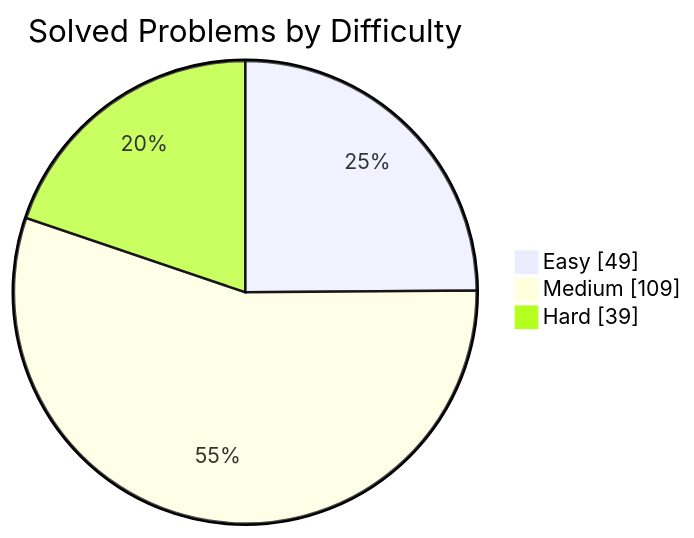
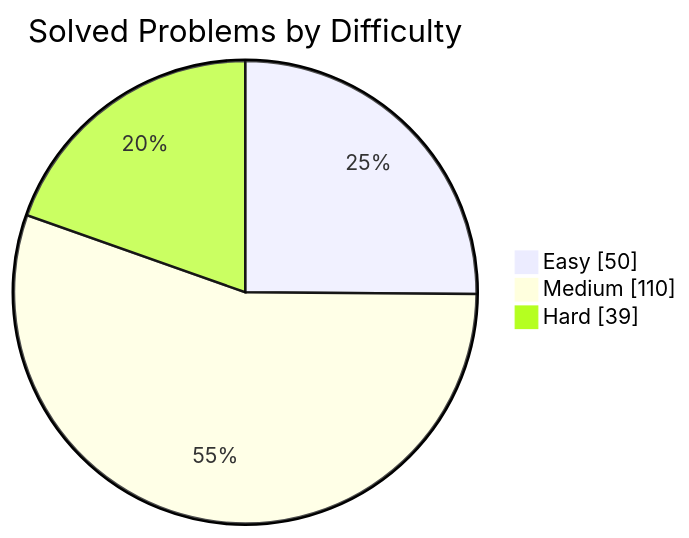
The first of 2 diagrams in README.md (manikantbindass/DSA-Preparation-FAANG), drawn with Mermaid before and after one commit. The commit also changed other lines of this file, not shown here.

````diff
--- a/README.md
+++ b/README.md
@@ -38,7 +38,7 @@
 ```mermaid
 pie showData
     title Solved Problems by Difficulty
-    "Easy" : 49
-    "Medium" : 109
+    "Easy" : 50
+    "Medium" : 110
     "Hard" : 39
 ```
````
